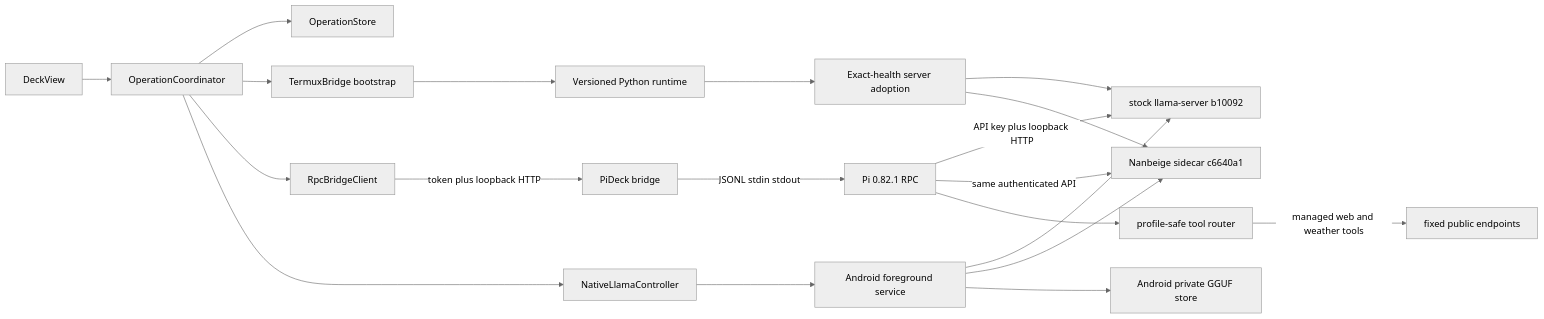
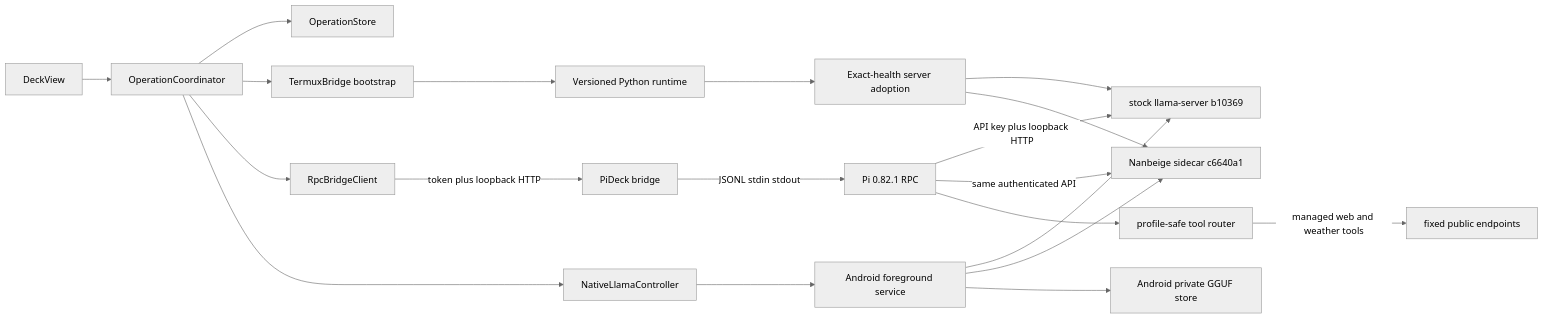
The diagram in docs/architecture.md (tigrohvost/pi-deck), drawn with Mermaid (neutral theme) before and after one commit. The commit also changed 4 other files, not shown here.

````diff
--- a/docs/architecture.md
+++ b/docs/architecture.md
@@ -5,22 +5,22 @@
 ```mermaid
 flowchart LR
   UI[DeckView] --> OC[OperationCoordinator]
   OC --> OS[OperationStore]
   OC --> TC[TermuxBridge bootstrap]
   OC --> RC[RpcBridgeClient]
   OC --> NC[NativeLlamaController]
   NC --> NS[Android foreground service]
-  NS --> LS[stock llama-server b10092]
+  NS --> LS[stock llama-server b10369]
   NS --> NB[Nanbeige sidecar c6640a1]
   NS --> MS[Android private GGUF store]
   TC --> RT[Versioned Python runtime]
   RC -->|token plus loopback HTTP| BR[PiDeck bridge]
   BR -->|JSONL stdin stdout| PI[Pi 0.82.1 RPC]
   PI -->|API key plus loopback HTTP| LS
   PI -->|same authenticated API| NB
   PI --> TR[profile-safe tool router]
   TR -->|managed web and weather tools| WEB[fixed public endpoints]
   RT --> AD[Exact-health server adoption]
   AD --> LS
   AD --> NB
 ```
````
